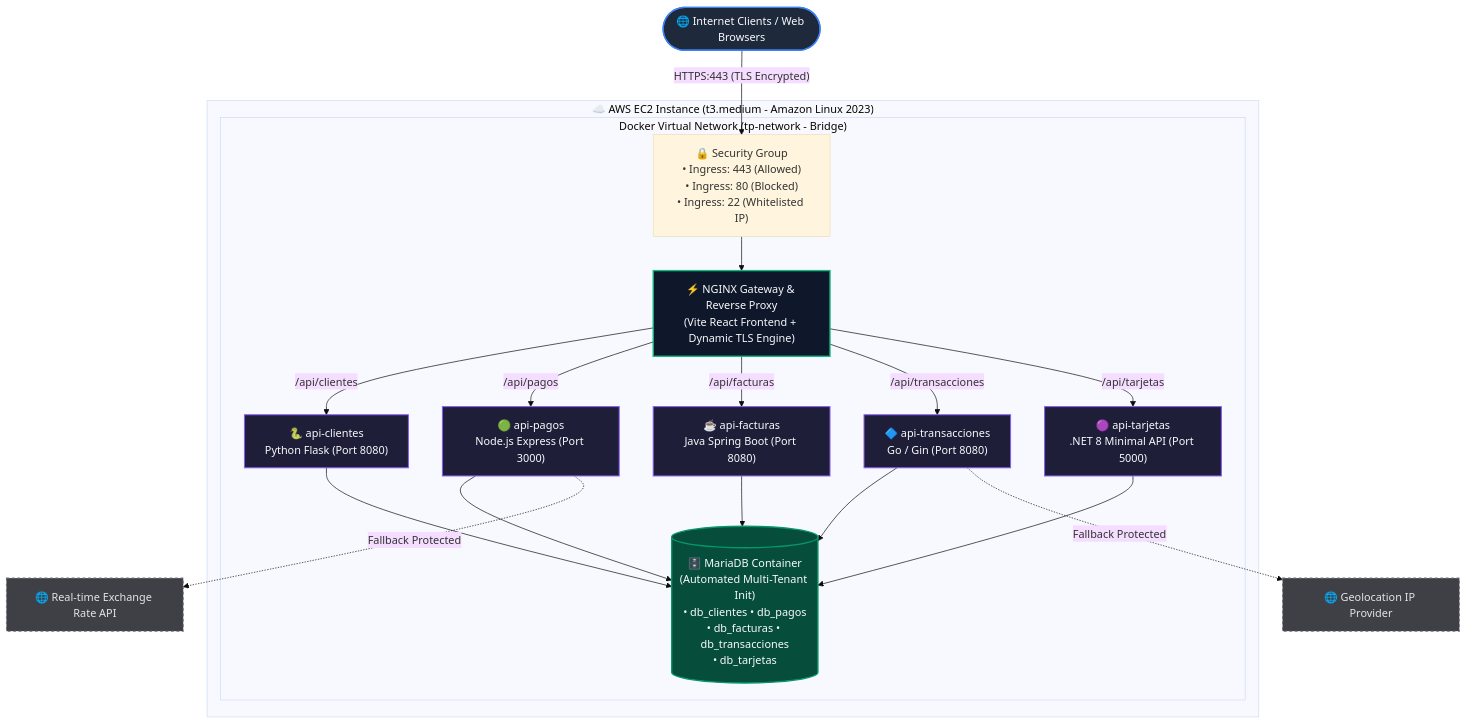
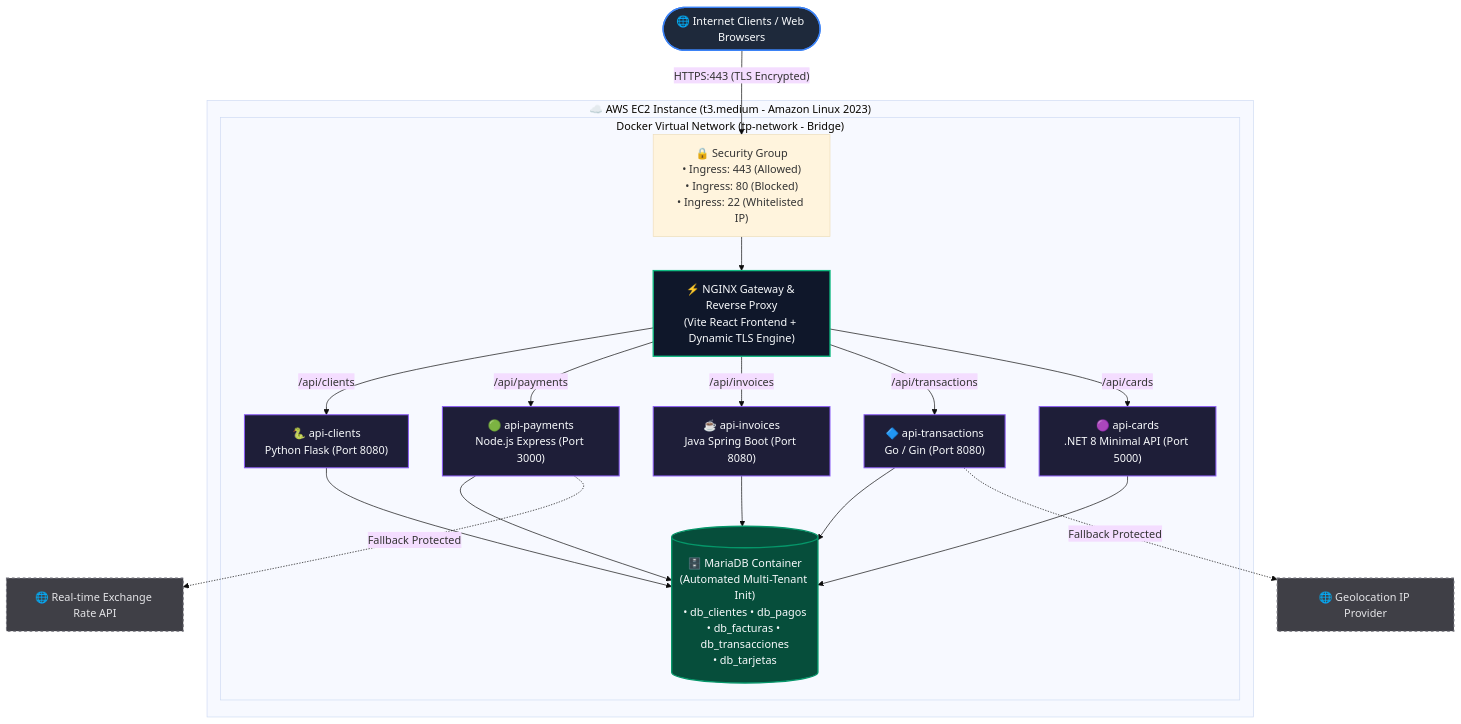
One commit to fededlV/fintech-distributed-aws-platform changed the diagram in README.md. Above: the diagram before and after it, drawn with Mermaid (base theme). The commit also changed other lines of this file and 113 other files, not shown here.

````diff
--- a/README.md
+++ b/README.md
@@ -75,38 +75,38 @@
 ```mermaid
 flowchart TD
     classDef client fill:#1e293b,stroke:#3b82f6,stroke-width:2px,color:#f8fafc;
     classDef proxy fill:#0f172a,stroke:#10b981,stroke-width:2px,color:#f8fafc;
     classDef service fill:#1e1e38,stroke:#8b5cf6,stroke-width:1.5px,color:#f8fafc;
     classDef db fill:#064e3b,stroke:#059669,stroke-width:2px,color:#f8fafc;
     classDef external fill:#3f3f46,stroke:#71717a,stroke-width:1.5px,stroke-dasharray: 4 4,color:#e4e4e7;
 
     Client(["🌐 Internet Clients / Web Browsers"]):::client
     Client -->|"HTTPS:443 (TLS Encrypted)"| AWS_SG
 
     subgraph AWS ["☁️ AWS EC2 Instance (t3.medium - Amazon Linux 2023)"]
         AWS_SG["🔒 Security Group<br/>• Ingress: 443 (Allowed)<br/>• Ingress: 80 (Blocked)<br/>• Ingress: 22 (Whitelisted IP)"]
 
         subgraph DockerNet ["Docker Virtual Network (tp-network - Bridge)"]
             AWS_SG --> NGINX
 
             NGINX["⚡ NGINX Gateway & Reverse Proxy<br/>(Vite React Frontend + Dynamic TLS Engine)"]:::proxy
 
-            NGINX -->|"/api/clientes"| API_Clients["🐍 api-clientes<br/>Python Flask (Port 8080)"]:::service
-            NGINX -->|"/api/pagos"| API_Payments["🟢 api-pagos<br/>Node.js Express (Port 3000)"]:::service
-            NGINX -->|"/api/facturas"| API_Invoices["☕ api-facturas<br/>Java Spring Boot (Port 8080)"]:::service
-            NGINX -->|"/api/transacciones"| API_Trans["🔷 api-transacciones<br/>Go / Gin (Port 8080)"]:::service
-            NGINX -->|"/api/tarjetas"| API_Cards["🟣 api-tarjetas<br/>.NET 8 Minimal API (Port 5000)"]:::service
+            NGINX -->|"/api/clients"| API_Clients["🐍 api-clients<br/>Python Flask (Port 8080)"]:::service
+            NGINX -->|"/api/payments"| API_Payments["🟢 api-payments<br/>Node.js Express (Port 3000)"]:::service
+            NGINX -->|"/api/invoices"| API_Invoices["☕ api-invoices<br/>Java Spring Boot (Port 8080)"]:::service
+            NGINX -->|"/api/transactions"| API_Trans["🔷 api-transactions<br/>Go / Gin (Port 8080)"]:::service
+            NGINX -->|"/api/cards"| API_Cards["🟣 api-cards<br/>.NET 8 Minimal API (Port 5000)"]:::service
 
             API_Clients --> MariaDB
             API_Payments --> MariaDB
             API_Invoices --> MariaDB
             API_Trans --> MariaDB
             API_Cards --> MariaDB
 
             MariaDB[("🗄️ MariaDB Container<br/>(Automated Multi-Tenant Init)<br/>• db_clientes • db_pagos<br/>• db_facturas • db_transacciones<br/>• db_tarjetas")]:::db
         end
     end
 
     API_Payments -.->|"Fallback Protected"| Ext_Exchange["🌐 Real-time Exchange Rate API"]:::external
     API_Trans -.->|"Fallback Protected"| Ext_Geo["🌐 Geolocation IP Provider"]:::external
 ```
````
